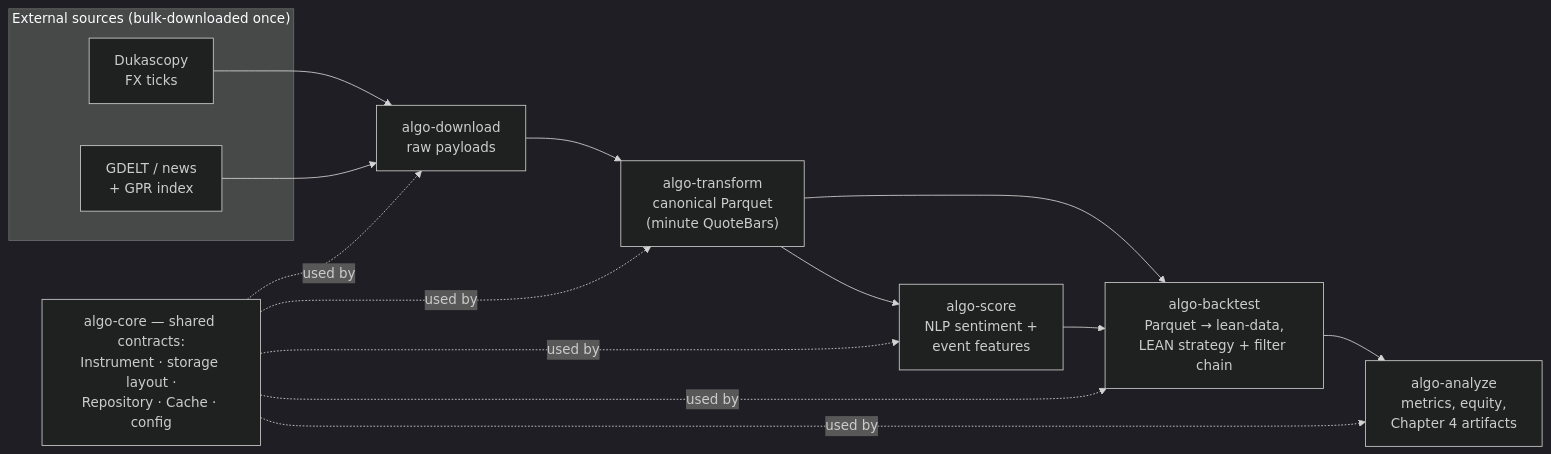
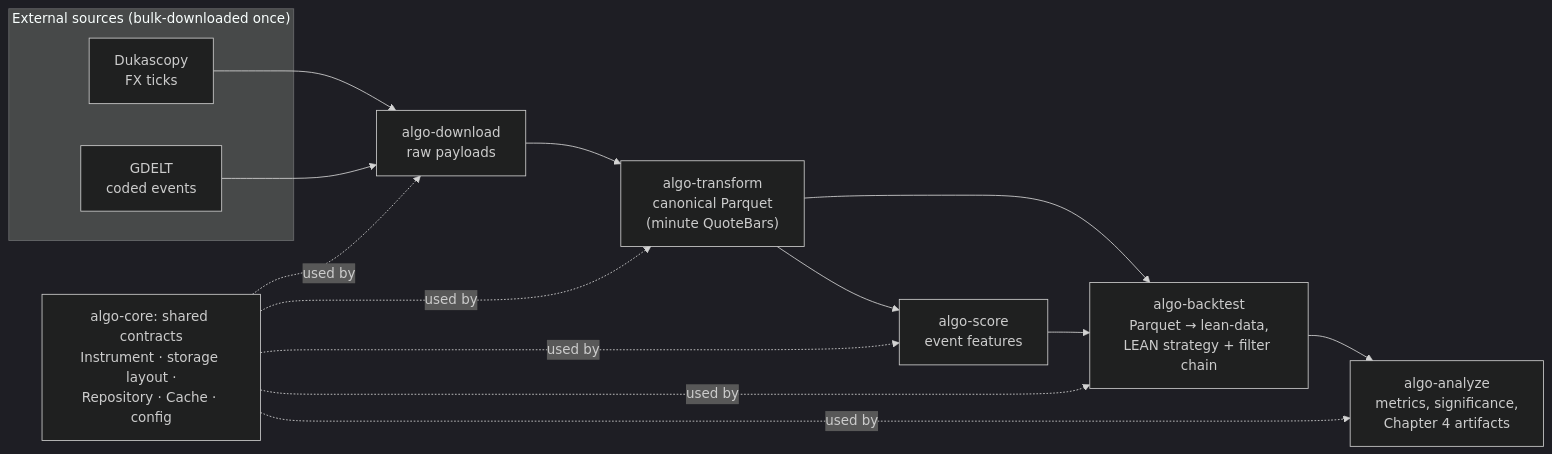
Before and after one commit to wbsouza/mba-icmc: the diagram in README.md, drawn with Mermaid (dark theme). The commit also changed other lines of this file and 5 other files, not shown here.

````diff
--- a/README.md
+++ b/README.md
@@ -51,17 +50,17 @@
 ```mermaid
 flowchart LR
     subgraph src["External sources (bulk-downloaded once)"]
         FX["Dukascopy<br/>FX ticks"]
-        NEWS["GDELT / news<br/>+ GPR index"]
+        NEWS["GDELT<br/>coded events"]
     end
     FX --> DL["algo-download<br/>raw payloads"]
     NEWS --> DL
     DL --> TR["algo-transform<br/>canonical Parquet<br/>(minute QuoteBars)"]
-    TR --> SC["algo-score<br/>NLP sentiment +<br/>event features"]
+    TR --> SC["algo-score<br/>event features"]
     TR --> BT["algo-backtest<br/>Parquet → lean-data,<br/>LEAN strategy + filter chain"]
     SC --> BT
-    BT --> AN["algo-analyze<br/>metrics, equity,<br/>Chapter 4 artifacts"]
+    BT --> AN["algo-analyze<br/>metrics, significance,<br/>Chapter 4 artifacts"]
 
-    CORE["algo-core — shared contracts:<br/>Instrument · storage layout ·<br/>Repository · Cache · config"]
+    CORE["algo-core: shared contracts<br/>Instrument · storage layout ·<br/>Repository · Cache · config"]
     CORE -. used by .-> DL & TR & SC & BT & AN
 ```
````
